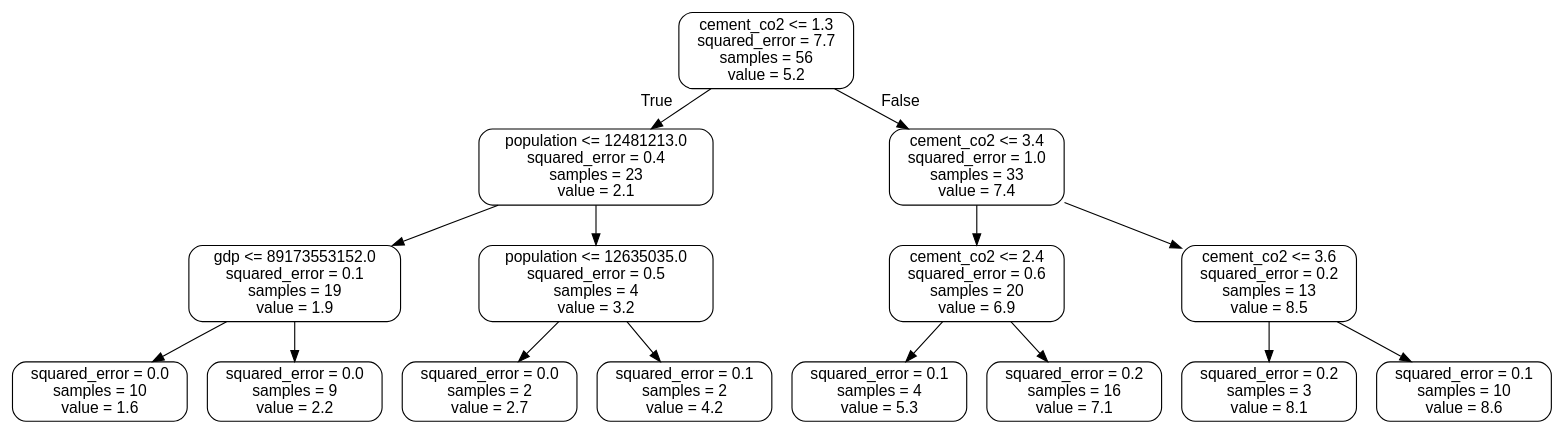
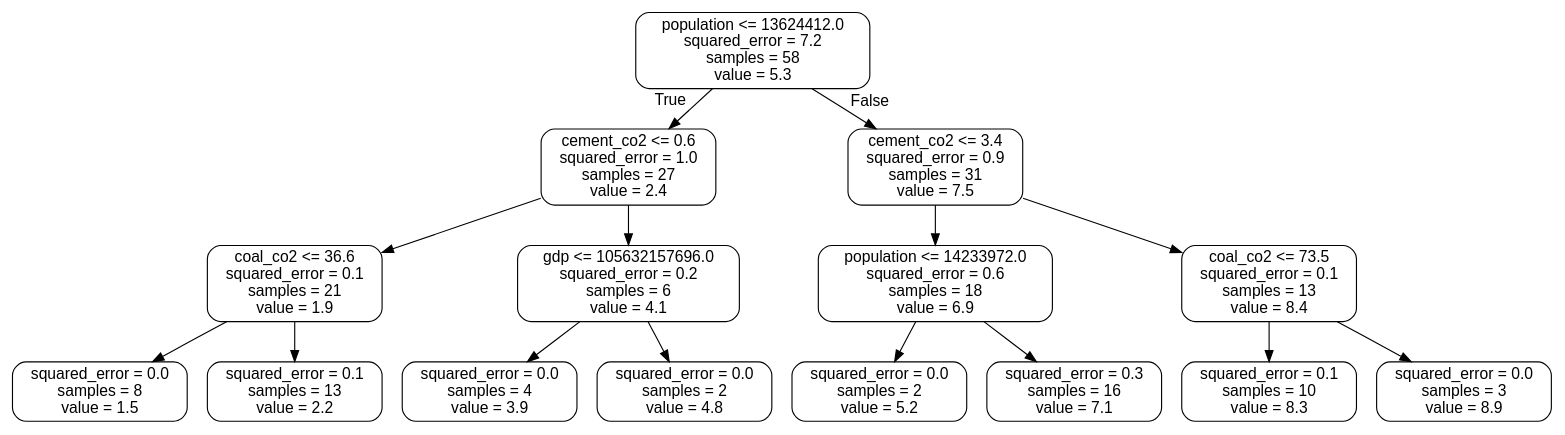
The diagram in small_tree.dot (L-dos-Santos/final-project), drawn with Graphviz before and after one commit. The commit also changed 3 other files, not shown here.

```diff
--- a/small_tree.dot
+++ b/small_tree.dot
@@ -1,33 +1,33 @@
 digraph Tree {
 node [shape=box, style="rounded", color="black", fontname="helvetica"] ;
 edge [fontname="helvetica"] ;
-0 [label="cement_co2 <= 1.3\nsquared_error = 7.7\nsamples = 56\nvalue = 5.2"] ;
-1 [label="population <= 12481213.0\nsquared_error = 0.4\nsamples = 23\nvalue = 2.1"] ;
+0 [label="population <= 13624412.0\nsquared_error = 7.2\nsamples = 58\nvalue = 5.3"] ;
+1 [label="cement_co2 <= 0.6\nsquared_error = 1.0\nsamples = 27\nvalue = 2.4"] ;
 0 -> 1 [labeldistance=2.5, labelangle=45, headlabel="True"] ;
-2 [label="gdp <= 89173553152.0\nsquared_error = 0.1\nsamples = 19\nvalue = 1.9"] ;
+2 [label="coal_co2 <= 36.6\nsquared_error = 0.1\nsamples = 21\nvalue = 1.9"] ;
 1 -> 2 ;
-3 [label="squared_error = 0.0\nsamples = 10\nvalue = 1.6"] ;
+3 [label="squared_error = 0.0\nsamples = 8\nvalue = 1.5"] ;
 2 -> 3 ;
-4 [label="squared_error = 0.0\nsamples = 9\nvalue = 2.2"] ;
+4 [label="squared_error = 0.1\nsamples = 13\nvalue = 2.2"] ;
 2 -> 4 ;
-5 [label="population <= 12635035.0\nsquared_error = 0.5\nsamples = 4\nvalue = 3.2"] ;
+5 [label="gdp <= 105632157696.0\nsquared_error = 0.2\nsamples = 6\nvalue = 4.1"] ;
 1 -> 5 ;
-6 [label="squared_error = 0.0\nsamples = 2\nvalue = 2.7"] ;
+6 [label="squared_error = 0.0\nsamples = 4\nvalue = 3.9"] ;
 5 -> 6 ;
-7 [label="squared_error = 0.1\nsamples = 2\nvalue = 4.2"] ;
+7 [label="squared_error = 0.0\nsamples = 2\nvalue = 4.8"] ;
 5 -> 7 ;
-8 [label="cement_co2 <= 3.4\nsquared_error = 1.0\nsamples = 33\nvalue = 7.4"] ;
+8 [label="cement_co2 <= 3.4\nsquared_error = 0.9\nsamples = 31\nvalue = 7.5"] ;
 0 -> 8 [labeldistance=2.5, labelangle=-45, headlabel="False"] ;
-9 [label="cement_co2 <= 2.4\nsquared_error = 0.6\nsamples = 20\nvalue = 6.9"] ;
+9 [label="population <= 14233972.0\nsquared_error = 0.6\nsamples = 18\nvalue = 6.9"] ;
 8 -> 9 ;
-10 [label="squared_error = 0.1\nsamples = 4\nvalue = 5.3"] ;
+10 [label="squared_error = 0.0\nsamples = 2\nvalue = 5.2"] ;
 9 -> 10 ;
-11 [label="squared_error = 0.2\nsamples = 16\nvalue = 7.1"] ;
+11 [label="squared_error = 0.3\nsamples = 16\nvalue = 7.1"] ;
 9 -> 11 ;
-12 [label="cement_co2 <= 3.6\nsquared_error = 0.2\nsamples = 13\nvalue = 8.5"] ;
+12 [label="coal_co2 <= 73.5\nsquared_error = 0.1\nsamples = 13\nvalue = 8.4"] ;
 8 -> 12 ;
-13 [label="squared_error = 0.2\nsamples = 3\nvalue = 8.1"] ;
+13 [label="squared_error = 0.1\nsamples = 10\nvalue = 8.3"] ;
 12 -> 13 ;
-14 [label="squared_error = 0.1\nsamples = 10\nvalue = 8.6"] ;
+14 [label="squared_error = 0.0\nsamples = 3\nvalue = 8.9"] ;
 12 -> 14 ;
 }
```
